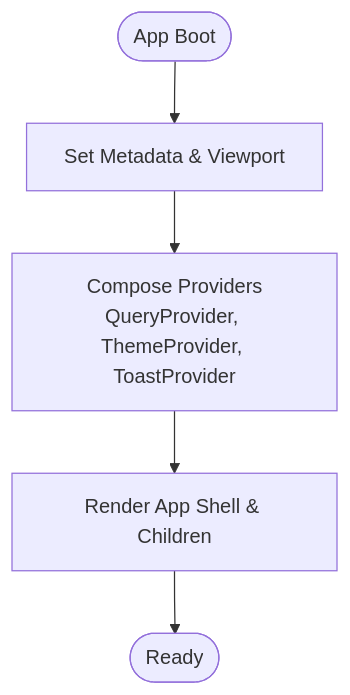
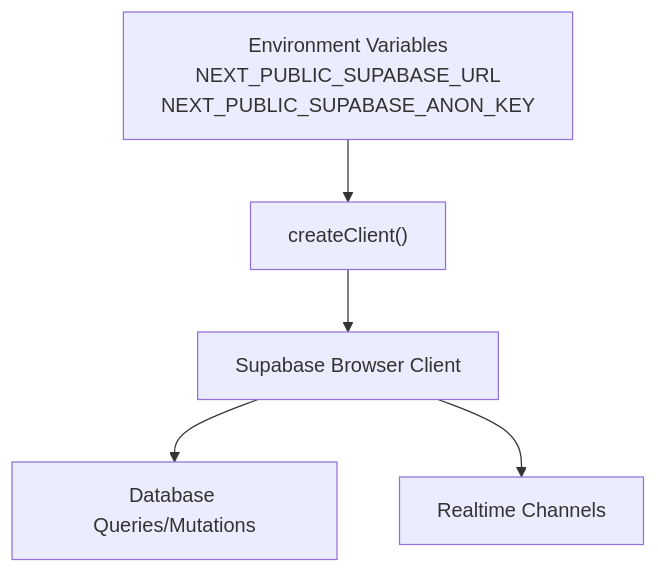
The sixth of 9 diagrams in .qoder/repowiki/en/content/Architecture Overview/Architecture Overview.md (Meaetin/alibaba-hackathon), drawn with Mermaid before and after one commit. The commit also changed other lines of this file and 241 other files, not shown here.

````diff
--- a/.qoder/repowiki/en/content/Architecture Overview/Architecture Overview.md
+++ b/.qoder/repowiki/en/content/Architecture Overview/Architecture Overview.md
@@ -126,7 +209,7 @@
 ```mermaid
 flowchart TD
-Start(["App Boot"]) --> Meta["Set Metadata & Viewport"]
-Meta --> Providers["Compose Providers<br/>QueryProvider, ThemeProvider, ToastProvider"]
-Providers --> Shell["Render App Shell & Children"]
-Shell --> End(["Ready"])
+Env["Environment Variables<br/>NEXT_PUBLIC_SUPABASE_URL<br/>NEXT_PUBLIC_SUPABASE_ANON_KEY"] --> Factory["createClient()"]
+Factory --> Client["Supabase Browser Client"]
+Client --> Queries["Database Queries/Mutations"]
+Client --> Realtime["Realtime Channels"]
 ```
````
